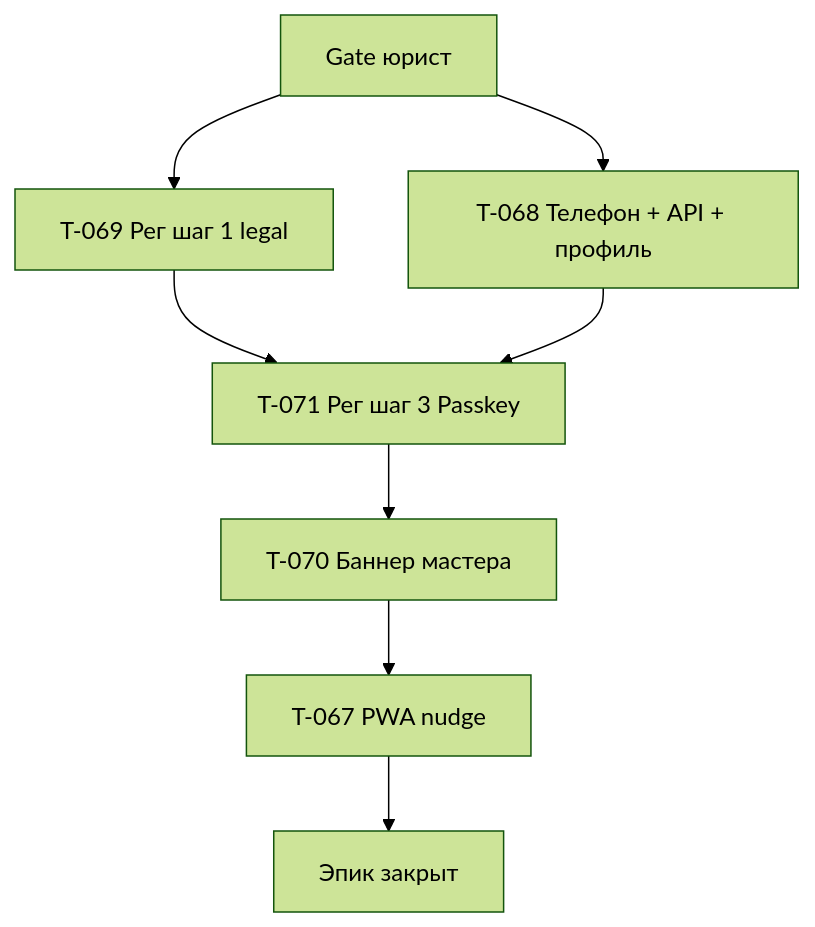
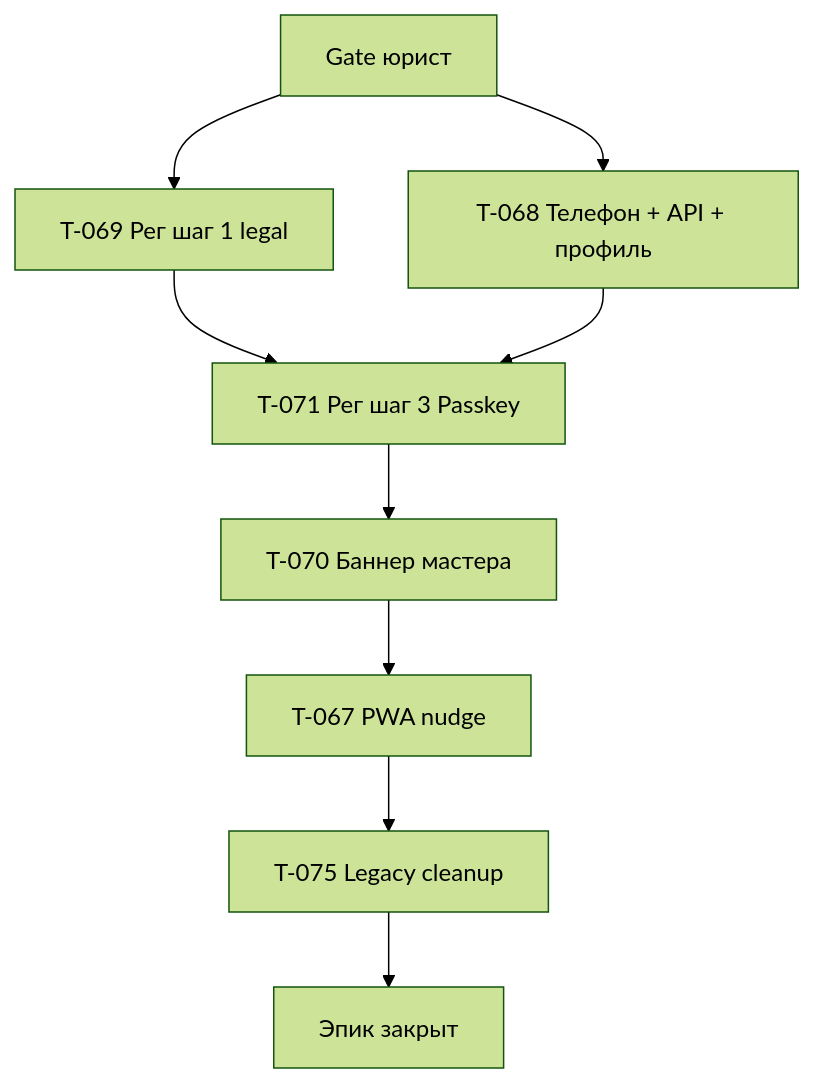
The diagram in backlog/бэклог/T-066-упрощение-входа-эпик.md (docru/telotron.team), drawn with Mermaid (forest theme) before and after one commit. The commit also changed other lines of this file and 2 other files, not shown here.

First line of the commit message:
docs(T-066): подтикет T-075 — уборка legacy Pro auth после выката

````diff
--- a/backlog/бэклог/T-066-упрощение-входа-эпик.md
+++ b/backlog/бэклог/T-066-упрощение-входа-эпик.md
@@ -478,10 +480,11 @@
 ```mermaid
 flowchart TD
   Gate[Gate юрист] --> T069[T-069 Рег шаг 1 legal]
   Gate --> T068[T-068 Телефон + API + профиль]
   T069 --> T071[T-071 Рег шаг 3 Passkey]
   T068 --> T071
   T071 --> T070[T-070 Баннер мастера]
   T070 --> T067[T-067 PWA nudge]
-  T067 --> Done[Эпик закрыт]
+  T067 --> T075[T-075 Legacy cleanup]
+  T075 --> Done[Эпик закрыт]
 ```
````
